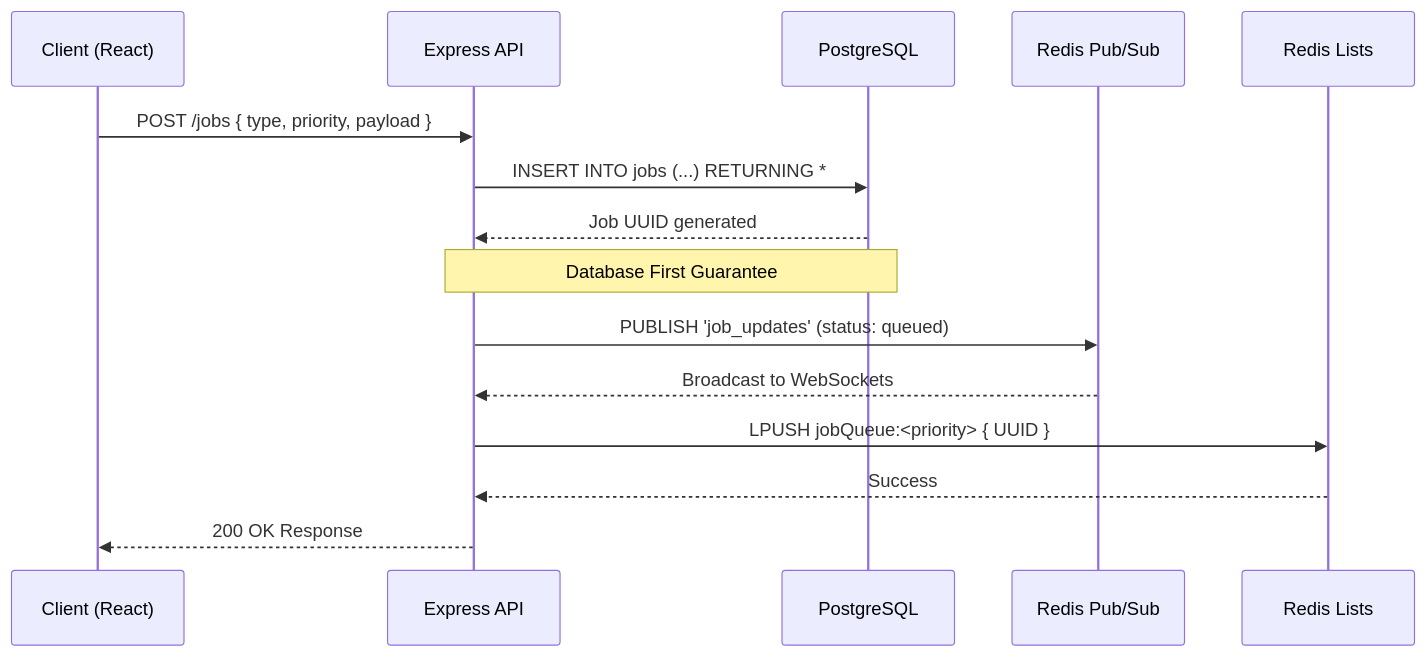
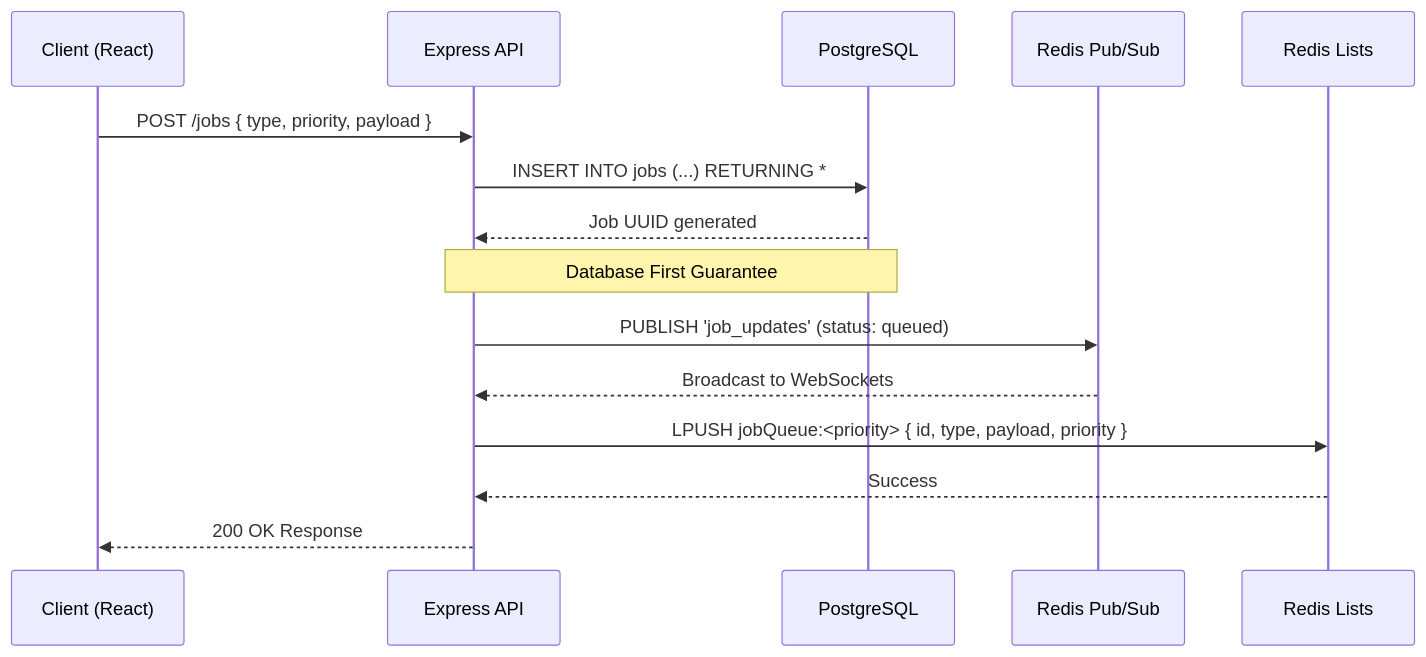
One commit to Aryns293/QueueFlow-prep changed the third of 9 diagrams in flow/1. End-To-End-Architecture-Flow.md. Above: the diagram before and after it, drawn with Mermaid. The commit also changed other lines of this file, not shown here.

Commit message:
Fix technical discrepancies in Architecture Flow diagrams and SQL logic

````diff
--- a/flow/1. End-To-End-Architecture-Flow.md
+++ b/flow/1. End-To-End-Architecture-Flow.md
@@ -122,22 +122,22 @@
 ```mermaid
 sequenceDiagram
     participant C as Client (React)
     participant A as Express API
     participant DB as PostgreSQL
     participant Pub as Redis Pub/Sub
     participant Q as Redis Lists
 
     C->>A: POST /jobs { type, priority, payload }
     A->>DB: INSERT INTO jobs (...) RETURNING *
     DB-->>A: Job UUID generated
     
     Note over A, DB: Database First Guarantee
     
     A->>Pub: PUBLISH 'job_updates' (status: queued)
     Pub-->>A: Broadcast to WebSockets
     
-    A->>Q: LPUSH jobQueue:<priority> { UUID }
+    A->>Q: LPUSH jobQueue:<priority> { id, type, payload, priority }
     Q-->>A: Success
     
     A-->>C: 200 OK Response
 ```
````
